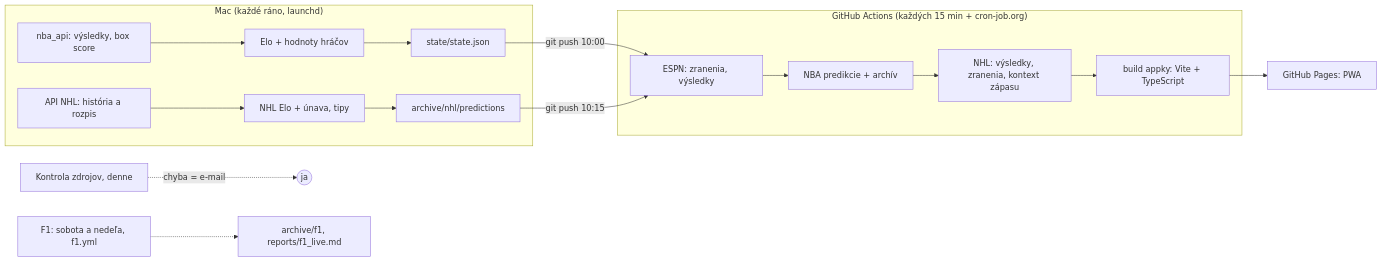
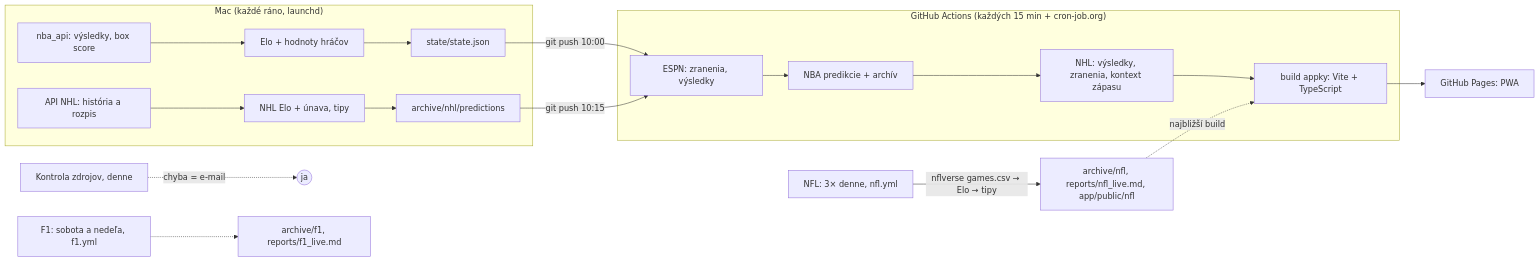
Before and after one commit to peterolah-qa/team-pulse: the diagram in README.md, drawn with Mermaid. The commit also changed other lines of this file and 1 other file, not shown here.

````diff
--- a/README.md
+++ b/README.md
@@ -83,19 +93,21 @@
 ```mermaid
 flowchart LR
   subgraph Mac["Mac (každé ráno, launchd)"]
     A[nba_api: výsledky, box score] --> B[Elo + hodnoty hráčov]
     B --> C["state/state.json"]
     N[API NHL: história a rozpis] --> M[NHL Elo + únava, tipy]
     M --> T["archive/nhl/predictions"]
   end
   C -->|"git push 10:00"| D
   T -->|"git push 10:15"| D
   subgraph GH["GitHub Actions (každých 15 min + cron-job.org)"]
     D[ESPN: zranenia, výsledky] --> E[NBA predikcie + archív]
     E --> K[NHL: výsledky, zranenia, kontext zápasu]
     K --> F[build appky: Vite + TypeScript]
   end
   F --> G[GitHub Pages: PWA]
   H[Kontrola zdrojov, denne] -.->|chyba = e-mail| I((ja))
   J["F1: sobota a nedeľa, f1.yml"] -.-> L["archive/f1, reports/f1_live.md"]
+  P["NFL: 3× denne, nfl.yml"] -->|"nflverse games.csv → Elo → tipy"| Q["archive/nfl, reports/nfl_live.md, app/public/nfl"]
+  Q -.->|"najbližší build"| F
 ```
````
